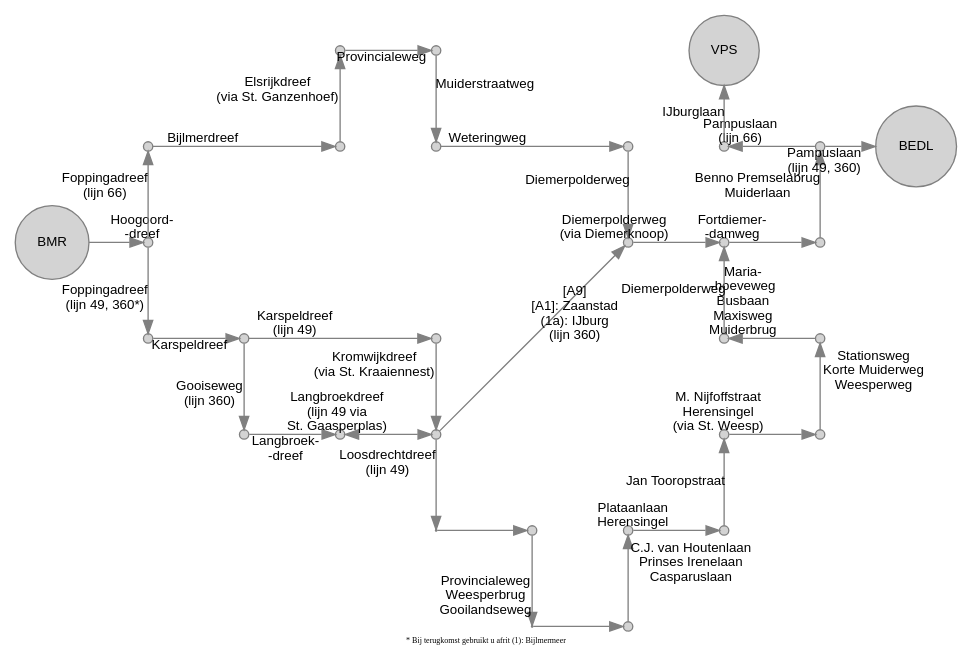
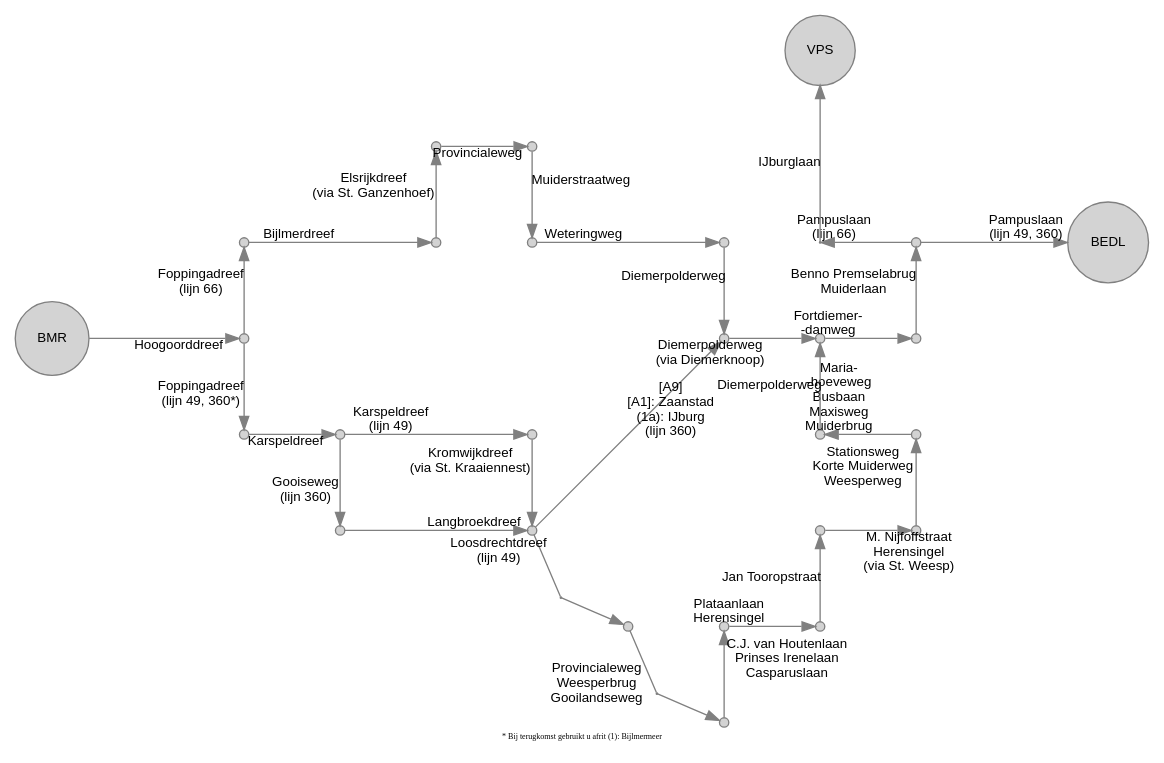
The diagram in gvb/BMR.gv (JacekPardyak/bus), drawn with Graphviz before and after one commit. The commit also changed 37 other files, not shown here.

```diff
--- a/gvb/BMR.gv
+++ b/gvb/BMR.gv
@@ -1,114 +1,107 @@
 digraph G {
   layout = neato
   node [shape = circle, style = filled, fillcolor = lightgray, color = gray, height=0.1, label = "", fontsize = 10, fontname = "Arial"]
   edge [color = gray, fontsize = 10, fontname = "Arial"]
-  4900 [pos = "0, 0!", label = "BMR"]
+  4900 [pos = "-1, 0!", label = "BMR"]
   4901 [pos = "1, 0!"]
   4902 [pos = "1,-1!"]
   4903 [pos = "2,-1!"]
   4904 [pos = "4,-1!"]
   4905 [pos = "4,-2!"]
   4906 [pos = "5,-3!"]
-  4907 [pos = "5,-4!", height=0.01]
+  4907 [pos = "5.3,-3.7!", height=0.01]
   4908 [pos = "6,-4!"]
   4909 [pos = "6,-3!"]
   4910 [pos = "7,-3!"]
   4911 [pos = "7,-2!"]
   4912 [pos = "8,-2!"]
   4913 [pos = "8,-1!"]
   4914 [pos = "7,-1!"]
   4915 [pos = "7, 0!"]
   4916 [pos = "8, 0!"]
-  4917 [pos = "4,-3!", height=0.01]
+  4917 [pos = "4.3,-2.7!", height=0.01]
 
-  6601 [pos = "1, 1!"]
-  6602 [pos = "3, 1!"]
-  6603 [pos = "3, 2!"]
-  6604 [pos = "4, 2!"]
-  6605 [pos = "4, 1!"]
-  6606 [pos = "6, 1!"]
-  6607 [pos = "6, 0!"]
+  6601 [pos = " 1, 1!"]
+  6602 [pos = " 3, 1!"]
+  6603 [pos = " 3, 2!"]
+  6604 [pos = " 4, 2!"]
+  6605 [pos = " 4, 1!"]
+  6606 [pos = " 6, 1!"]
+  6607 [pos = " 6, 0!"]
   6608 [pos = " 8, 1!"]
-  6609 [pos = " 7, 1!"]
-  6610 [pos = " 7, 2!", label = "VPS"]
+  6609 [pos = " 7, 1!", height=0.01]
+  6610 [pos = " 7, 3!", label = "VPS"]
 
   36001 [pos = "2,-2!"]
-  36002 [pos = "3,-2!"]
-  36003 [pos = " 9, 1!", label = "BEDL"]
-  
+  36003 [pos = "10, 1!", label = "BEDL"]
 
-  4900 -> 4901 [label = "Hoogoord- 
- -dreef"]
+  4900 -> 4901 [label = "Hoogoorddreef"]
   4901 -> 4902 [label = "Foppingadreef 
  (lijn 49, 360*)"]
   4902 -> 4903 [label = "Karspeldreef"]
   4903 -> 4904 [label = "Karspeldreef 
  (lijn 49)"]
   4904 -> 4905 [label = "Kromwijkdreef 
  (via St. Kraaiennest)"]
   4905 -> 4917 [label = "Loosdrechtdreef 
- (lijn 49)"]
+ (lijn 49)", dir = none]
   4917 -> 4906 [label = ""]
   4906 -> 4907 [label = "Provincialeweg 
  Weesperbrug 
- Gooilandseweg"]
+ Gooilandseweg", dir = none]
   4907 -> 4908 [label = ""]
   4908 -> 4909 [label = "C.J. van Houtenlaan 
  Prinses Irenelaan 
  Casparuslaan"]
   4909 -> 4910 [label = "Plataanlaan 
  Herensingel"]
   4910 -> 4911 [label = "Jan Tooropstraat"]
   4911 -> 4912 [label = "M. Nijfoffstraat 
  Herensingel 
  (via St. Weesp)"]
   4912 -> 4913 [label = "Stationsweg 
  Korte Muiderweg 
  Weesperweg"]
   4913 -> 4914 [label = "Maria- 
  -hoeveweg 
  Busbaan 
  Maxisweg 
  Muiderbrug"]
   4914 -> 4915 [label = "Diemerpolderweg"]
   4915 -> 4916 [label = "Fortdiemer-
 -damweg"]
   4916 -> 6608 [label = "Benno Premselabrug 
  Muiderlaan"]
   
 
   4903 -> 36001 [label = "Gooiseweg 
  (lijn 360)"]
-  36001 -> 36002 [label = "Langbroek- 
- -dreef"]
-  36002 -> 4905 [dir = "both", label = "Langbroekdreef 
- (lijn 49 via 
- St. Gaasperplas)"]
+  36001 -> 4905 [label = "Langbroekdreef"]
 
   4901 -> 6601 [label = "Foppingadreef 
  (lijn 66)"]
   6601 -> 6602 [label = "Bijlmerdreef"]
 
   6602 -> 6603 [label = "Elsrijkdreef 
  (via St. Ganzenhoef)"]
   6603 -> 6604 [label = "Provincialeweg"]
   6604 -> 6605 [label = "Muiderstraatweg"]
   6605 -> 6606 [label = "Weteringweg"]
 
   6606 -> 6607 [label = "Diemerpolderweg"]
   6607 -> 4915 [label = "Diemerpolderweg 
  (via Diemerknoop)"]
   6608 -> 36003 [label = "Pampuslaan 
  (lijn 49, 360)"]
   6608 -> 6609 [label = "Pampuslaan 
  (lijn 66)"]
   6609 -> 6610 [label = "IJburglaan"]
   4905 -> 6607 [label = "[A9] 
  [A1]: Zaanstad 
  (1a): IJburg 
  (lijn 360)"]
   
   labelloc="b"
   label="* Bij terugkomst gebruikt u afrit (1): Bijlmermeer"
   fontsize=6
 }
```
